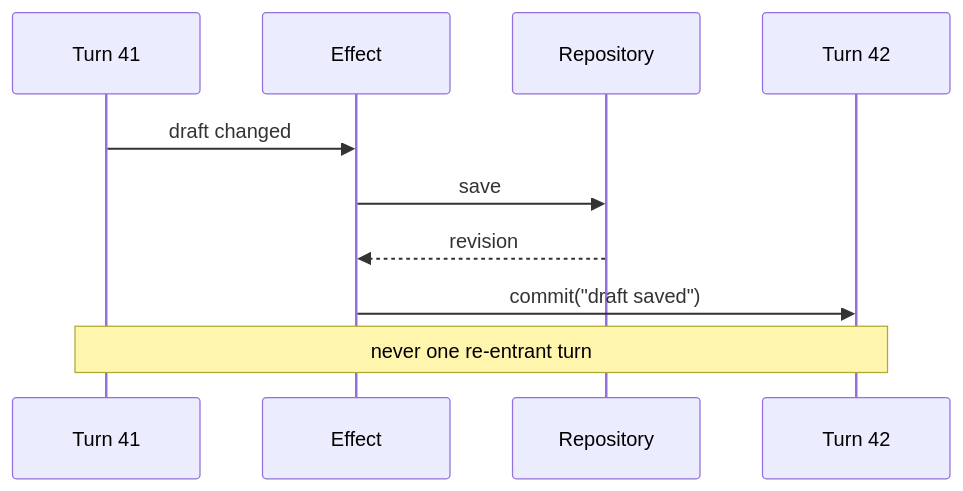
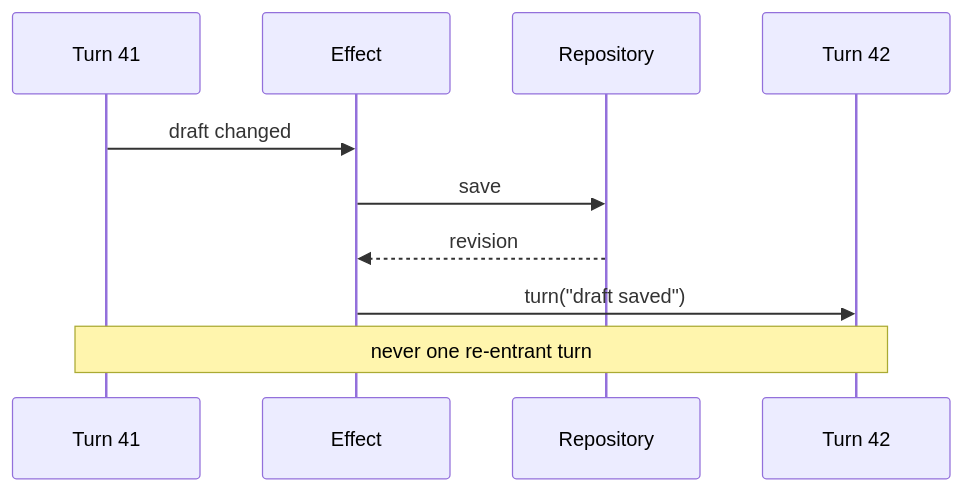
One commit to skeswa/cog changed the second of 3 diagrams in docs/kotlin/effects.md. Above: the diagram before and after it, drawn with Mermaid. The commit also changed other lines of this file and 309 other files, not shown here.

````diff
--- a/docs/kotlin/effects.md
+++ b/docs/kotlin/effects.md
@@ -153,12 +157,12 @@
 ```mermaid
 sequenceDiagram
     participant T1 as Turn 41
     participant E as Effect
     participant IO as Repository
     participant T2 as Turn 42
     T1->>E: draft changed
     E->>IO: save
     IO-->>E: revision
-    E->>T2: commit("draft saved")
+    E->>T2: turn("draft saved")
     Note over T1,T2: never one re-entrant turn
 ```
````
